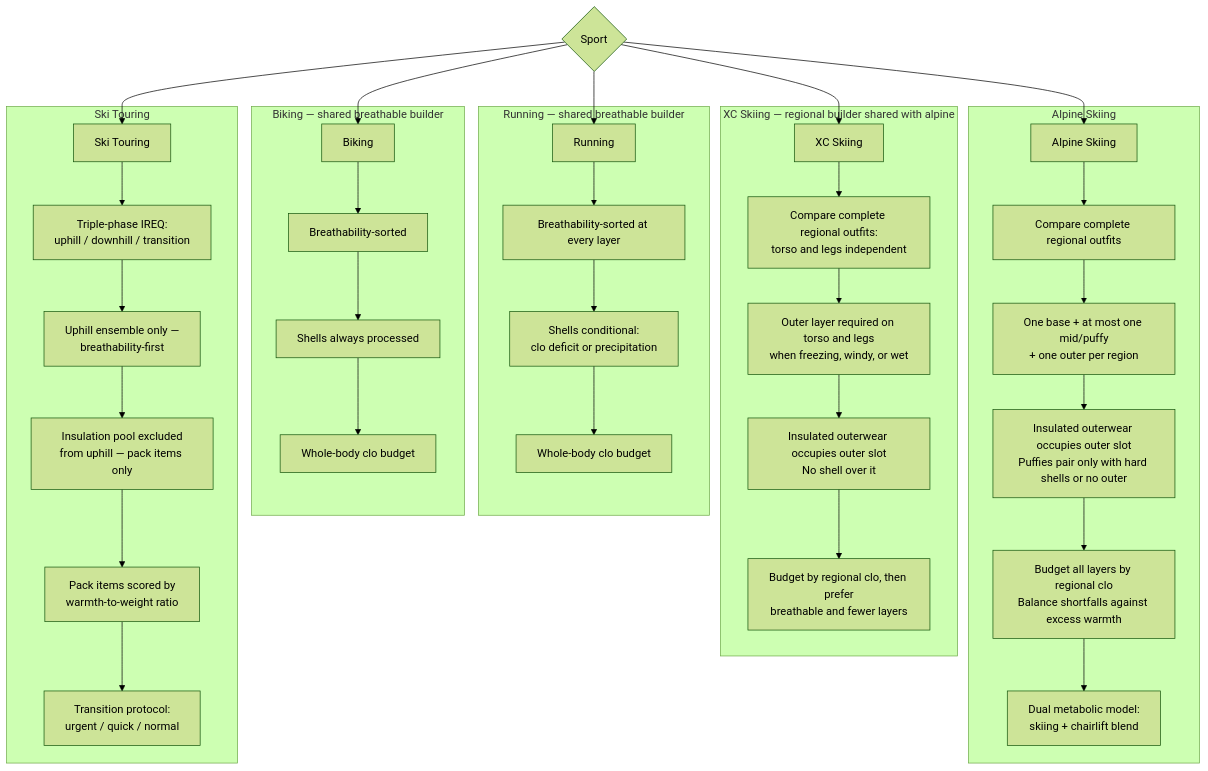
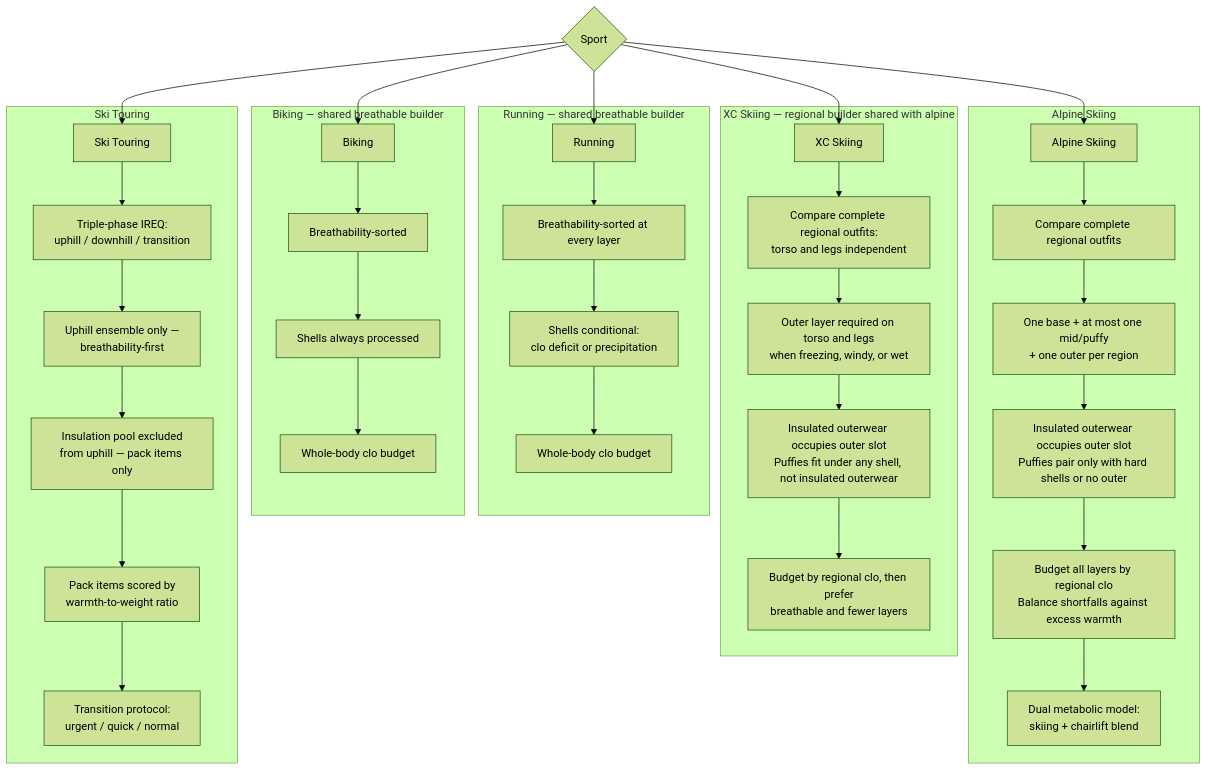
One commit to derobertsw/swttr changed the fourth of 6 diagrams in README.md. Above: the diagram before and after it, drawn with Mermaid (forest theme). The commit also changed other lines of this file and 5 other files, not shown here.

First line of the commit message:
Let XC wear light insulation under a soft shell or wind shell

````diff
--- a/README.md
+++ b/README.md
@@ -166,43 +166,43 @@
 ```mermaid
 graph TD
     SPORT{Sport} --> RUN[Running]
     SPORT --> BIKE[Biking]
     SPORT --> ALP[Alpine Skiing]
     SPORT --> XC[XC Skiing]
     SPORT --> TOUR[Ski Touring]
 
     subgraph "Running — shared breathable builder"
         RUN --> R1[Breathability-sorted at every layer]
         R1 --> R2[Shells conditional:<br/>clo deficit or precipitation]
         R2 --> R3[Whole-body clo budget]
     end
 
     subgraph "Biking — shared breathable builder"
         BIKE --> B1[Breathability-sorted]
         B1 --> B2[Shells always processed]
         B2 --> B3[Whole-body clo budget]
     end
 
     subgraph "Alpine Skiing"
         ALP --> A1[Compare complete regional outfits]
         A1 --> A2[One base + at most one mid/puffy<br/>+ one outer per region]
         A2 --> A3[Insulated outerwear occupies outer slot<br/>Puffies pair only with hard shells or no outer]
         A3 --> A4[Budget all layers by regional clo<br/>Balance shortfalls against excess warmth]
         A4 --> A5[Dual metabolic model:<br/>skiing + chairlift blend]
     end
 
     subgraph "XC Skiing — regional builder shared with alpine"
         XC --> X1[Compare complete regional outfits:<br/>torso and legs independent]
         X1 --> X2[Outer layer required on torso and legs<br/>when freezing, windy, or wet]
-        X2 --> X3[Insulated outerwear occupies outer slot<br/>No shell over it]
+        X2 --> X3[Insulated outerwear occupies outer slot<br/>Puffies fit under any shell, not insulated outerwear]
         X3 --> X4[Budget by regional clo, then prefer<br/>breathable and fewer layers]
     end
 
     subgraph "Ski Touring"
         TOUR --> T1a[Triple-phase IREQ:<br/>uphill / downhill / transition]
         T1a --> T2a[Uphill ensemble only —<br/>breathability-first]
         T2a --> T3a[Insulation pool excluded<br/>from uphill — pack items only]
         T3a --> T4a[Pack items scored by<br/>warmth-to-weight ratio]
         T4a --> T5a[Transition protocol:<br/>urgent / quick / normal]
     end
 ```
````
